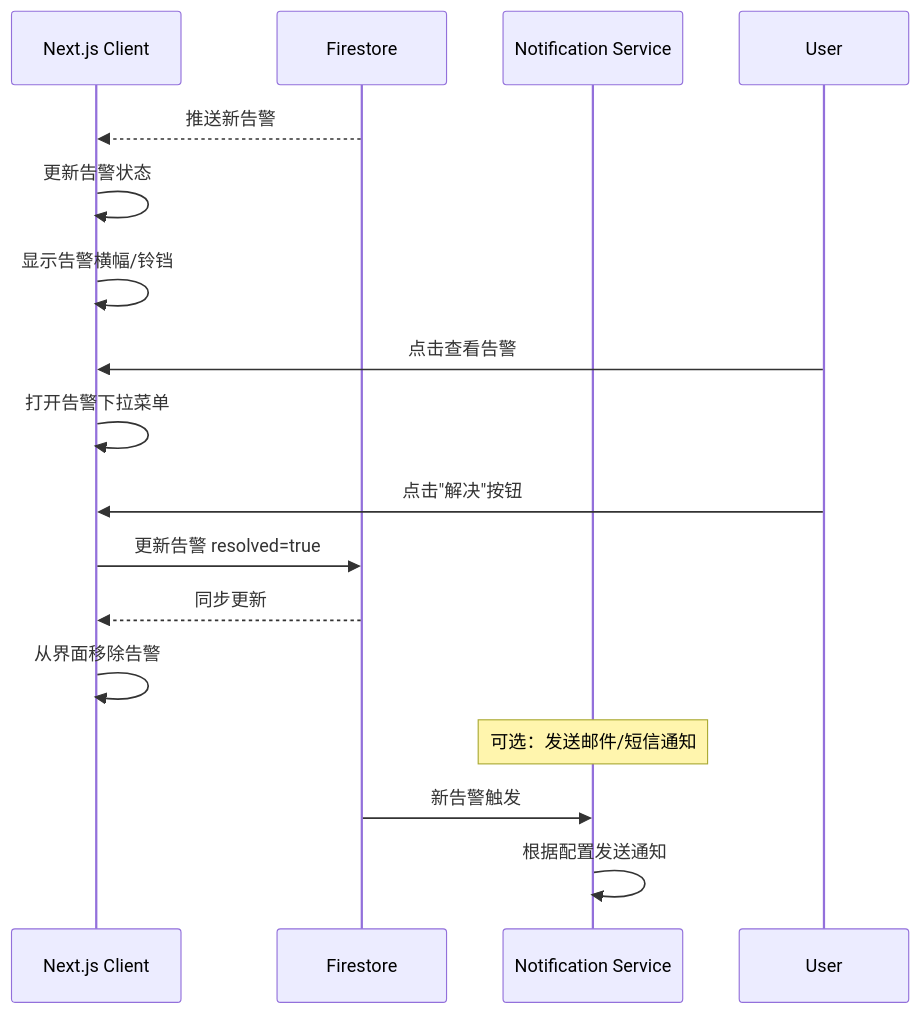
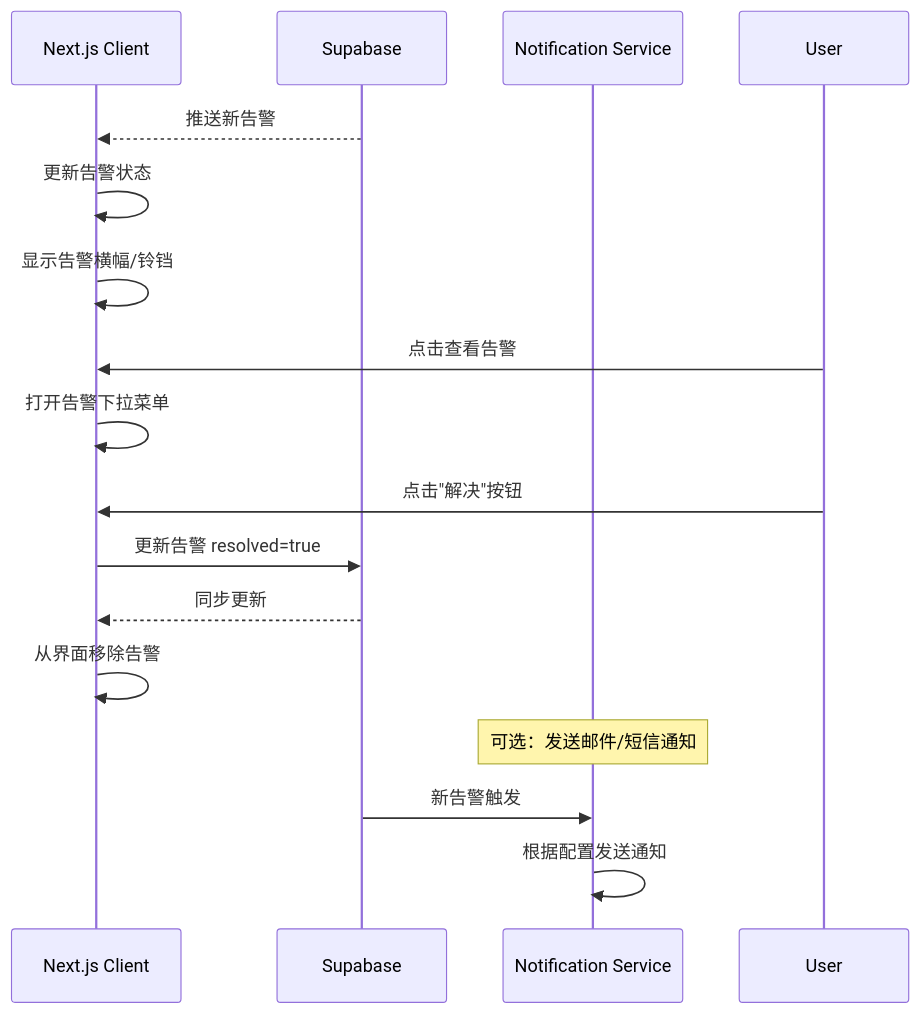
One commit to AjaCHN/LLM-API-Sentinel changed the ninth of 13 diagrams in openspec/architecture.md. Above: the diagram before and after it, drawn with Mermaid. The commit also changed other lines of this file and 5 other files, not shown here.

````diff
--- a/openspec/architecture.md
+++ b/openspec/architecture.md
@@ -312,23 +311,23 @@
 ```mermaid
 sequenceDiagram
     participant Client as Next.js Client
-    participant Firestore as Firestore
+    participant Supabase as Supabase
     participant Notification as Notification Service
     
-    Firestore-->>Client: 推送新告警
+    Supabase-->>Client: 推送新告警
     Client->>Client: 更新告警状态
     Client->>Client: 显示告警横幅/铃铛
     
     User->>Client: 点击查看告警
     Client->>Client: 打开告警下拉菜单
     
     User->>Client: 点击"解决"按钮
-    Client->>Firestore: 更新告警 resolved=true
-    Firestore-->>Client: 同步更新
+    Client->>Supabase: 更新告警 resolved=true
+    Supabase-->>Client: 同步更新
     
     Client->>Client: 从界面移除告警
     
     Note over Notification: 可选：发送邮件/短信通知
-    Firestore->>Notification: 新告警触发
+    Supabase->>Notification: 新告警触发
     Notification->>Notification: 根据配置发送通知
 ```
````
